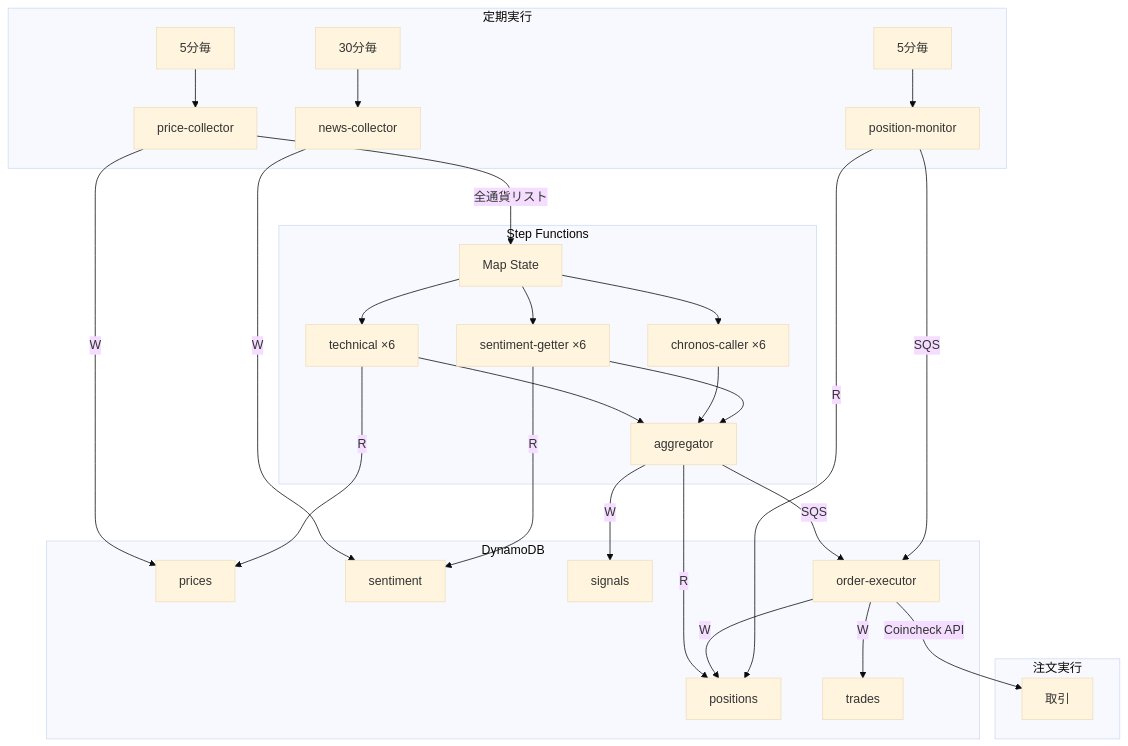
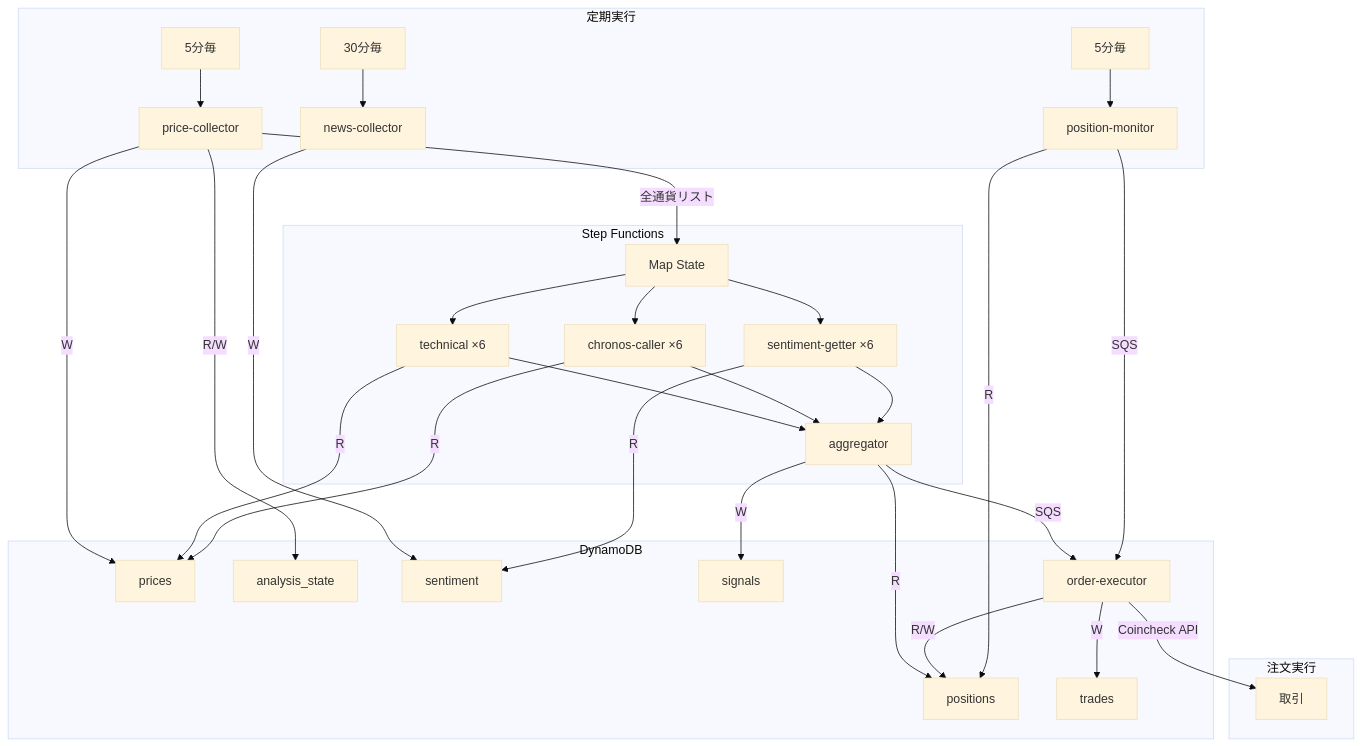
Before and after one commit to kiikun0530/crypto-trader: the diagram in docs/lambda-reference.md, drawn with Mermaid (base theme). The commit also changed 2 other files, not shown here.

Commit message:
docs: DynamoDBテーブル矢印の欠落修正ポジションサイジング説明改善
- architecture.md: positions(3箇所), analysis_state, chronospricesの矢印追加

- lambda-reference.md: データフロー図にanalysis_state, chronosprices追加

- trading-strategy.md: 固定15,000Coincheck残高ベースの説明に修正

````diff
--- a/docs/lambda-reference.md
+++ b/docs/lambda-reference.md
@@ -401,34 +401,36 @@
 ```mermaid
 flowchart TD
     subgraph 定期実行
         E1["5分毎"] --> PC["price-collector"]
         E2["5分毎"] --> PM["position-monitor"]
         E3["30分毎"] --> NC["news-collector"]
     end
 
     subgraph Step Functions
         PC -->|"全通貨リスト"| MAP["Map State"]
         MAP --> TECH["technical ×6"]
         MAP --> CHRON["chronos-caller ×6"]
         MAP --> SENT["sentiment-getter ×6"]
         TECH & CHRON & SENT --> AGG["aggregator"]
     end
 
     subgraph DynamoDB
         PC -->|"W"| DB_P["prices"]
+        PC -->|"R/W"| DB_ST["analysis_state"]
         NC -->|"W"| DB_S["sentiment"]
         TECH -->|"R"| DB_P
+        CHRON -->|"R"| DB_P
         SENT -->|"R"| DB_S
         AGG -->|"W"| DB_SIG["signals"]
         AGG -->|"R"| DB_POS["positions"]
-        OE -->|"W"| DB_POS
+        OE -->|"R/W"| DB_POS
         OE -->|"W"| DB_T["trades"]
         PM -->|"R"| DB_POS
     end
 
     subgraph 注文実行
         AGG -->|"SQS"| OE["order-executor"]
         PM -->|"SQS"| OE
         OE -->|"Coincheck API"| TRADE["取引"]
     end
 ```
````
